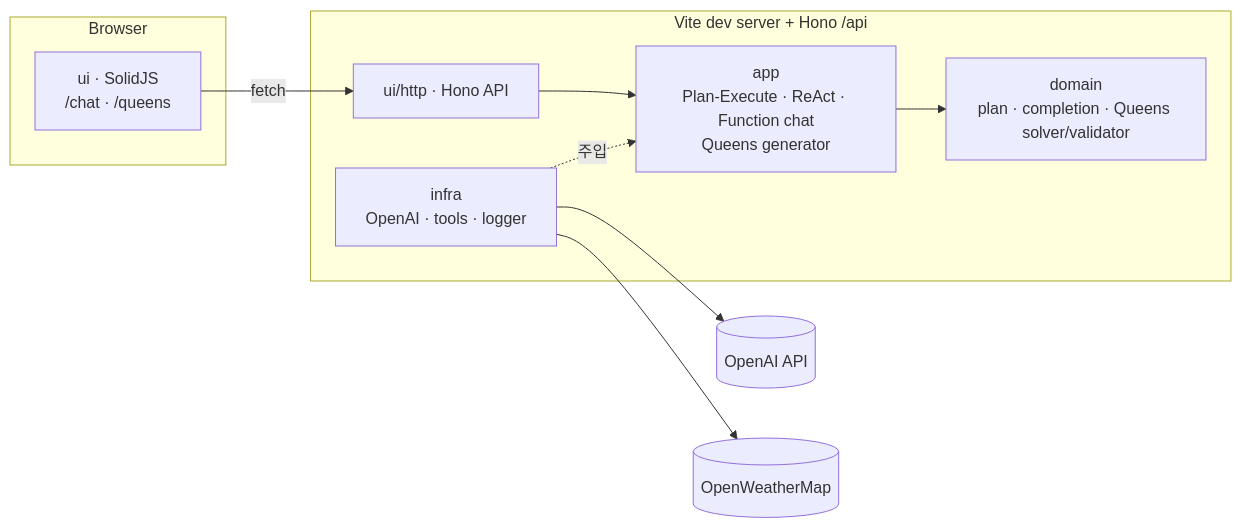
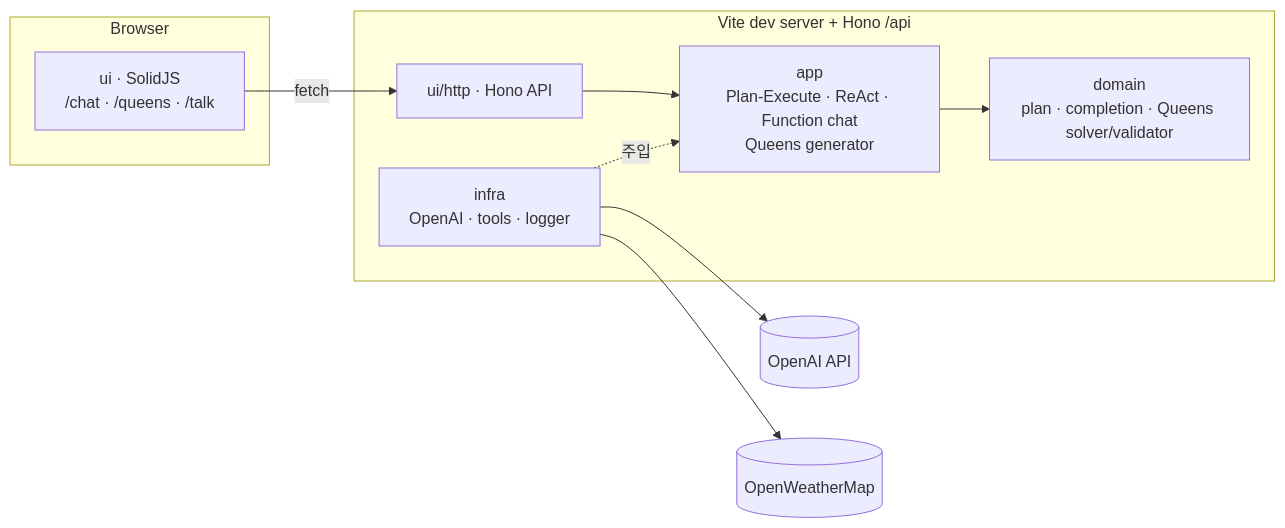
The diagram in README.md (qus0in-factory/ai-ps), drawn with Mermaid before and after one commit. The commit also changed other lines of this file and 41 other files, not shown here.

````diff
--- a/README.md
+++ b/README.md
@@ -18,16 +18,16 @@
 ```mermaid
 flowchart LR
   subgraph Browser
-    UI["ui · SolidJS<br/>/chat · /queens"]
+    UI["ui · SolidJS<br/>/chat · /queens · /talk"]
   end
   subgraph Server["Vite dev server + Hono /api"]
     API["ui/http · Hono API"]
     APP["app<br/>Plan-Execute · ReAct · Function chat<br/>Queens generator"]
     DOMAIN["domain<br/>plan · completion · Queens solver/validator"]
     INFRA["infra<br/>OpenAI · tools · logger"]
   end
   UI -->|fetch| API --> APP --> DOMAIN
   INFRA -. 주입 .-> APP
   INFRA --> OpenAI[(OpenAI API)]
   INFRA --> OWM[(OpenWeatherMap)]
 ```
````
